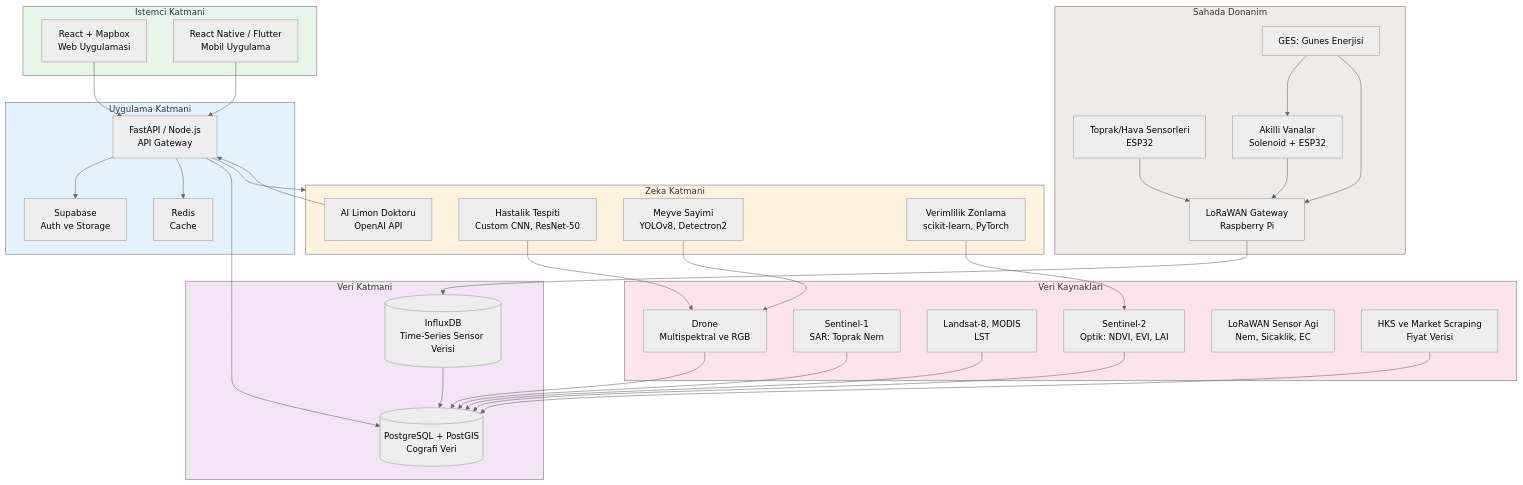
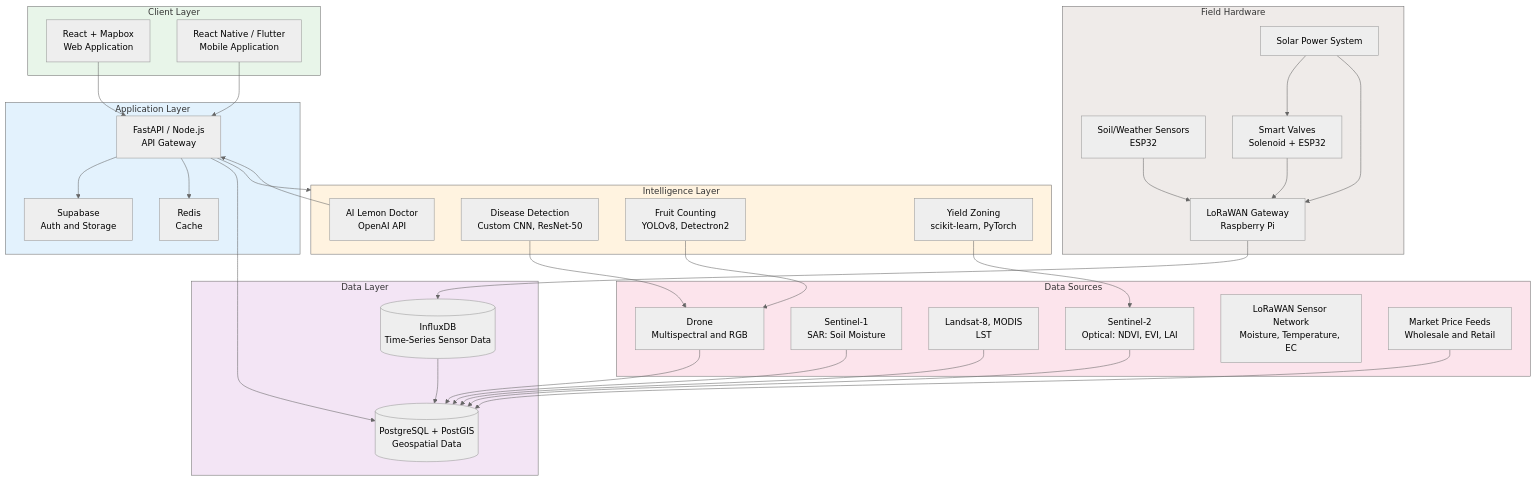
Before and after one commit to hhalilikurnaz/griOS-Telemetry-System: the first of 8 diagrams in README.md, drawn with Mermaid (neutral theme). The commit also changed other lines of this file, not shown here.

````diff
--- a/README.md
+++ b/README.md
@@ -111,73 +115,73 @@
 ```mermaid
 graph TB
-    subgraph Client["Istemci Katmani"]
-        WEB["React + Mapbox<br/>Web Uygulamasi"]
-        MOBILE["React Native / Flutter<br/>Mobil Uygulama"]
+    subgraph Client["Client Layer"]
+        WEB["React + Mapbox<br/>Web Application"]
+        MOBILE["React Native / Flutter<br/>Mobile Application"]
     end
 
-    subgraph API["Uygulama Katmani"]
+    subgraph API["Application Layer"]
         GW["FastAPI / Node.js<br/>API Gateway"]
-        AUTH["Supabase<br/>Auth ve Storage"]
+        AUTH["Supabase<br/>Auth and Storage"]
         CACHE["Redis<br/>Cache"]
     end
 
-    subgraph AI["Zeka Katmani"]
-        CHATBOT["AI Limon Doktoru<br/>OpenAI API"]
-        CNN["Hastalik Tespiti<br/>Custom CNN, ResNet-50"]
-        YOLO["Meyve Sayimi<br/>YOLOv8, Detectron2"]
-        ZONE["Verimlilik Zonlama<br/>scikit-learn, PyTorch"]
+    subgraph AI["Intelligence Layer"]
+        CHATBOT["AI Lemon Doctor<br/>OpenAI API"]
+        CNN["Disease Detection<br/>Custom CNN, ResNet-50"]
+        YOLO["Fruit Counting<br/>YOLOv8, Detectron2"]
+        ZONE["Yield Zoning<br/>scikit-learn, PyTorch"]
     end
 
-    subgraph Data["Veri Kaynaklari"]
-        S2["Sentinel-2<br/>Optik: NDVI, EVI, LAI"]
-        S1["Sentinel-1<br/>SAR: Toprak Nem"]
+    subgraph Data["Data Sources"]
+        S2["Sentinel-2<br/>Optical: NDVI, EVI, LAI"]
+        S1["Sentinel-1<br/>SAR: Soil Moisture"]
         LANDSAT["Landsat-8, MODIS<br/>LST"]
-        DRONE["Drone<br/>Multispektral ve RGB"]
-        IOT["LoRaWAN Sensor Agi<br/>Nem, Sicaklik, EC"]
-        MARKET["HKS ve Market Scraping<br/>Fiyat Verisi"]
+        DRONE["Drone<br/>Multispectral and RGB"]
+        IOT["LoRaWAN Sensor Network<br/>Moisture, Temperature, EC"]
+        MARKET["Market Price Feeds<br/>Wholesale and Retail"]
     end
 
-    subgraph Storage["Veri Katmani"]
-        PG[("PostgreSQL + PostGIS<br/>Cografi Veri")]
-        INFLUX[("InfluxDB<br/>Time-Series Sensor Verisi")]
+    subgraph Storage["Data Layer"]
+        PG[("PostgreSQL + PostGIS<br/>Geospatial Data")]
+        INFLUX[("InfluxDB<br/>Time-Series Sensor Data")]
     end
 
-    subgraph Field["Sahada Donanim"]
+    subgraph Field["Field Hardware"]
         GATEWAY["LoRaWAN Gateway<br/>Raspberry Pi"]
-        SENSOR["Toprak/Hava Sensorleri<br/>ESP32"]
-        VALVE["Akilli Vanalar<br/>Solenoid + ESP32"]
-        SOLAR["GES: Gunes Enerjisi"]
+        SENSOR["Soil/Weather Sensors<br/>ESP32"]
+        VALVE["Smart Valves<br/>Solenoid + ESP32"]
+        SOLAR["Solar Power System"]
     end
 
     WEB --> GW
     MOBILE --> GW
     GW --> AUTH
     GW --> CACHE
     GW --> AI
     GW --> PG
 
     CHATBOT --> GW
     CNN --> DRONE
     YOLO --> DRONE
     ZONE --> S2
 
     S2 --> PG
     S1 --> PG
     LANDSAT --> PG
     DRONE --> PG
     MARKET --> PG
 
     SENSOR --> GATEWAY
     GATEWAY --> INFLUX
     INFLUX --> PG
     VALVE --> GATEWAY
     SOLAR --> VALVE
     SOLAR --> GATEWAY
 
     style Client fill:#e8f5e9
     style API fill:#e3f2fd
     style AI fill:#fff3e0
     style Data fill:#fce4ec
     style Storage fill:#f3e5f5
     style Field fill:#efebe9
 ```
````
